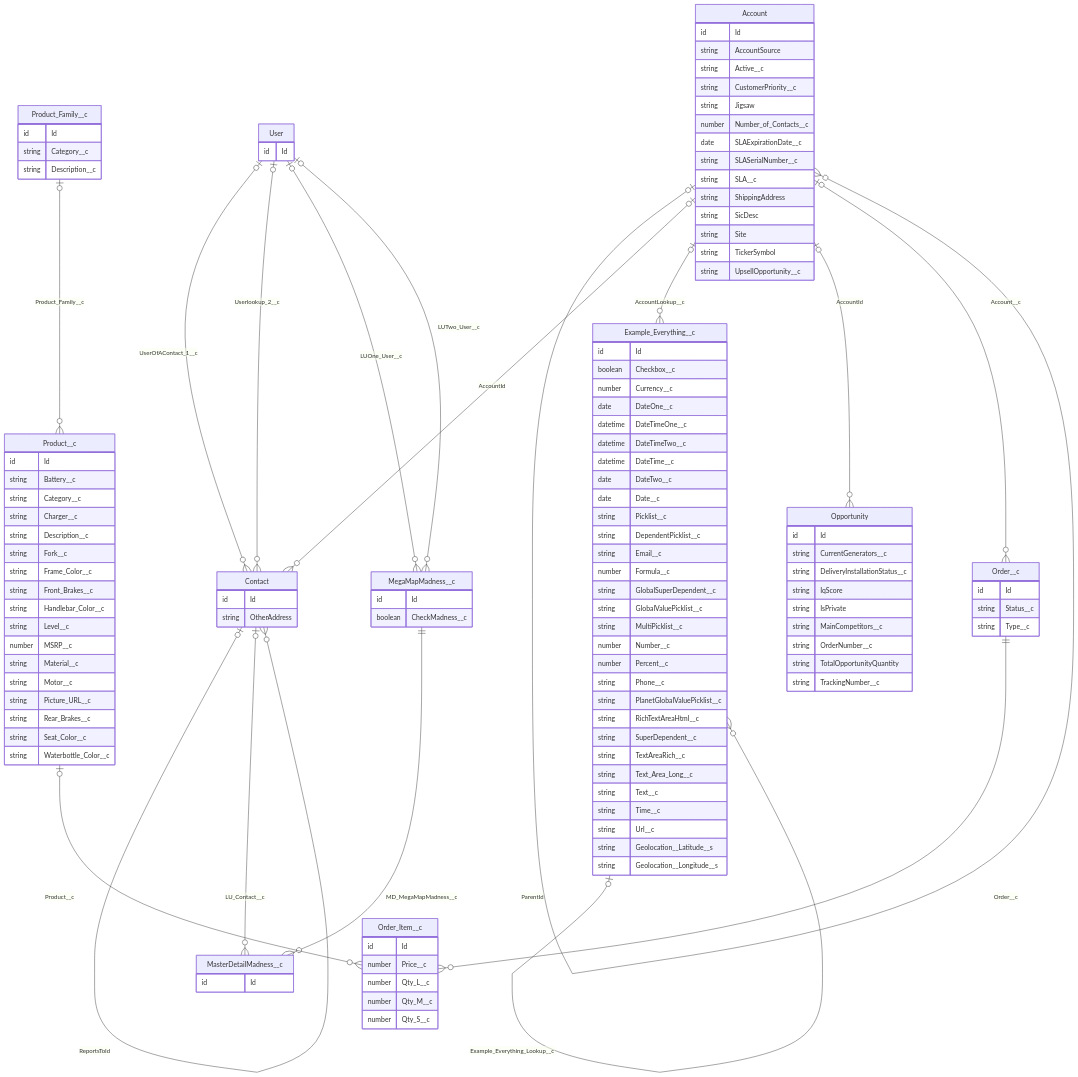
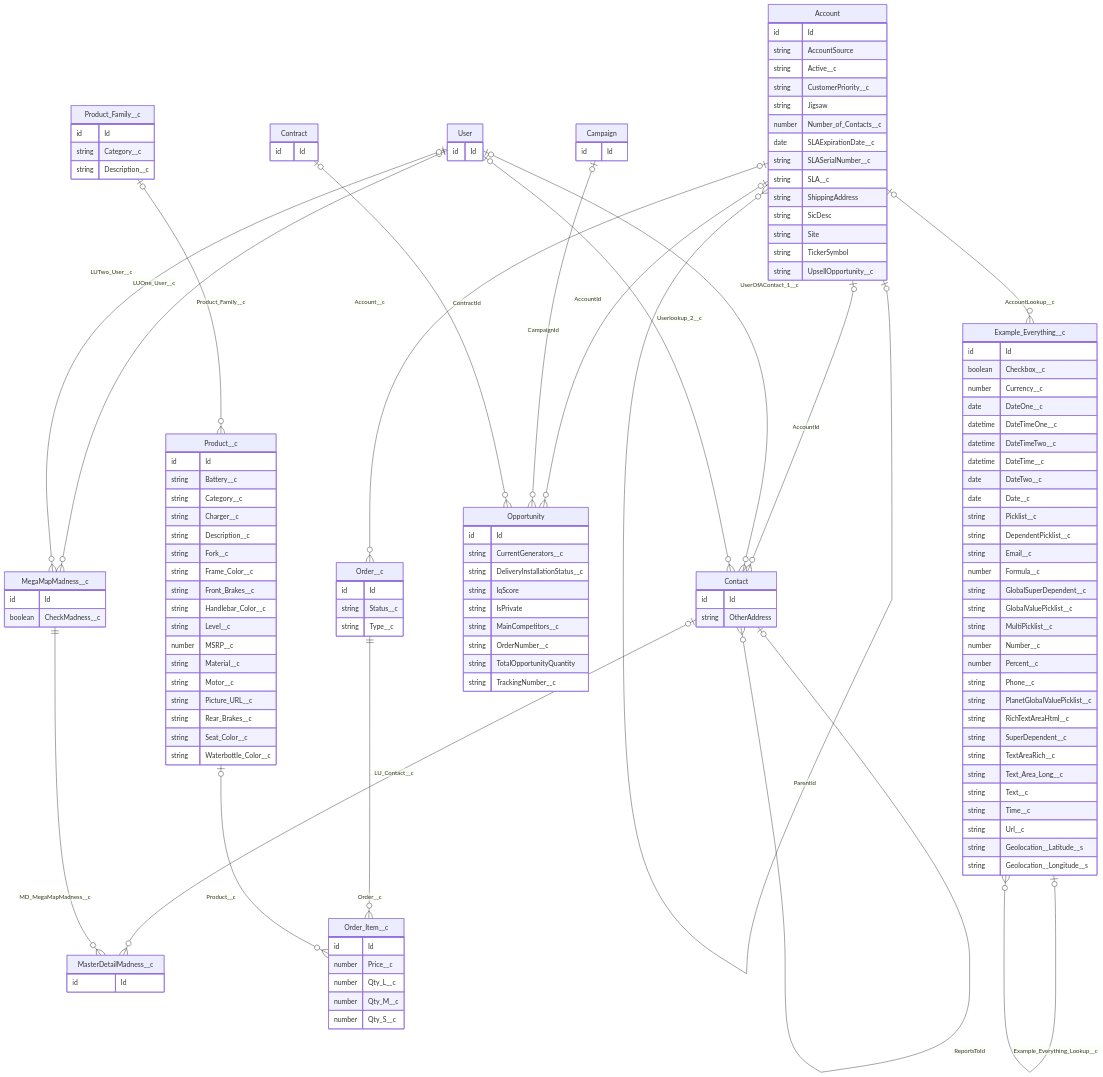
One commit to jdschleicher/Salesforce-Data-Treecipe changed the diagram in src/treecipe/src/ExtensionCommandService/tests/golden/faker-js/GeneratedRecipes/recipe-fakerjs-{TIMESTAMP}/Account-thru-Order_Item__c/mermaid-erd--Account-thru-Order_Item__c-{TIMESTAMP}.md. Above: the diagram before and after it, drawn with Mermaid. The commit also changed other lines of this file and 36 other files, not shown here.

```diff
--- a/src/treecipe/src/ExtensionCommandService/tests/golden/faker-js/GeneratedRecipes/recipe-fakerjs-{TIMESTAMP}/Account-thru-Order_Item__c/mermaid-erd--Account-thru-Order_Item__c-{TIMESTAMP}.md
+++ b/src/treecipe/src/ExtensionCommandService/tests/golden/faker-js/GeneratedRecipes/recipe-fakerjs-{TIMESTAMP}/Account-thru-Order_Item__c/mermaid-erd--Account-thru-Order_Item__c-{TIMESTAMP}.md
@@ -29,9 +29,15 @@
         string TickerSymbol
         string UpsellOpportunity__c
     }
+    Campaign {
+        id Id
+    }
     Contact {
         id Id
         string OtherAddress
+    }
+    Contract {
+        id Id
     }
     Example_Everything__c {
         id Id
@@ -134,6 +140,8 @@
     User |o--o{ MegaMapMadness__c : "LUOne_User__c"
     User |o--o{ MegaMapMadness__c : "LUTwo_User__c"
     Account |o--o{ Opportunity : "AccountId"
+    Campaign |o--o{ Opportunity : "CampaignId"
+    Contract |o--o{ Opportunity : "ContractId"
     Order__c ||--o{ Order_Item__c : "Order__c"
     Product__c |o--o{ Order_Item__c : "Product__c"
     Account |o--o{ Order__c : "Account__c"
```
